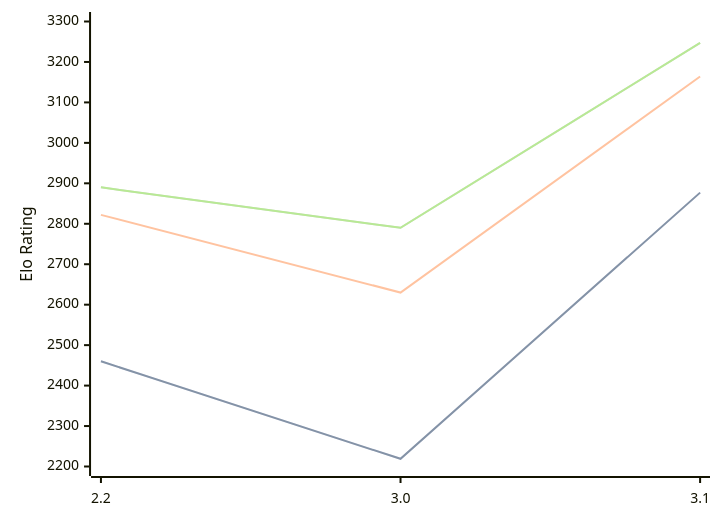
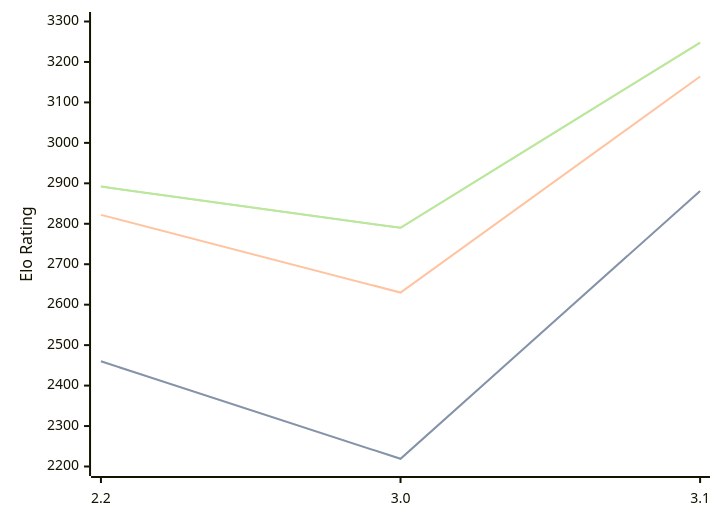
One commit to computer-chess-index/cci changed the diagram in engines/Thrawn.md. Above: the diagram before and after it, drawn with Mermaid. The commit also changed other lines of this file, not shown here.

Commit message:
Update CCI Ratings (ELO VLTC) - 2026-07-31

````diff
--- a/engines/Thrawn.md
+++ b/engines/Thrawn.md
@@ -41,11 +41,11 @@
 ```mermaid
 %%{init: {"theme":"base","themeVariables":{"seriesColors:['#a3a3a3','#222221','#faa371']}}}%%
 xychart-beta
   x-axis ["2.2", "3.0", "3.1"]
   y-axis "Elo Rating" 2200 --> 3300
-  line "STC (8.0+0.08s)" [2460, 2219, 2877]
-  line "STC (8.0+0.08s)" [2460, 2219, 2877]
+  line "STC (8.0+0.08s)" [2460, 2219, 2881]
+  line "STC (8.0+0.08s)" [2460, 2219, 2881]
   line "LTC (60.0+0.60s)" [2822, 2630, 3164]
-  line "VLTC (2m24s+1.12s)" [2890, 2790, 3247]
-  line "VLTC (2m24s+1.12s)" [2890, 2790, 3247]
+  line "VLTC (2m24s+1.12s)" [2892, 2790, 3248]
+  line "VLTC (2m24s+1.12s)" [2892, 2790, 3248]
 ```
````
